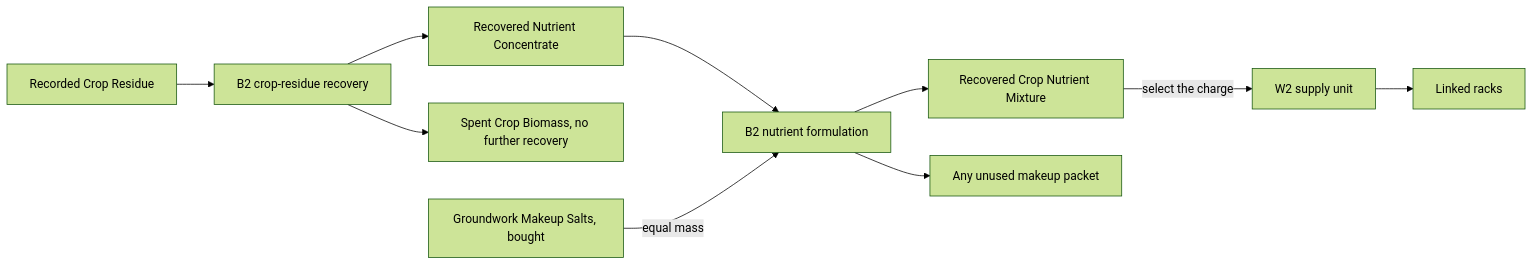
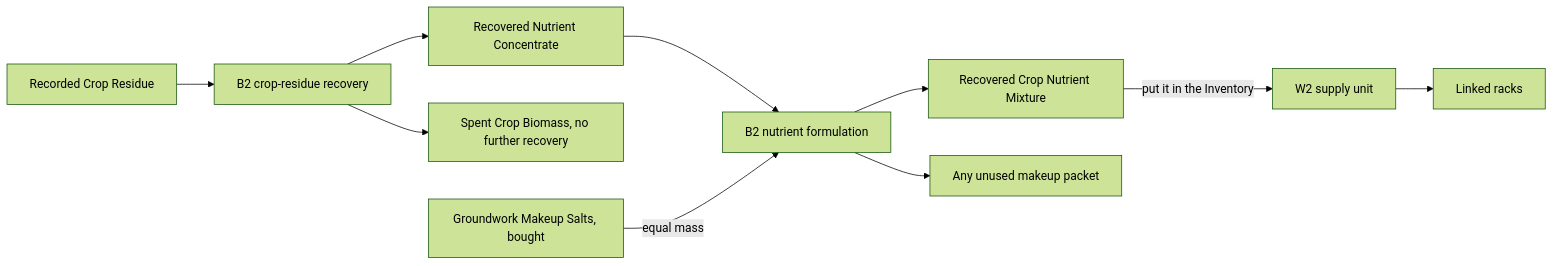
One commit to phobos-dthorga/phobos-ostranauts changed the diagram in docs/agriculture-nutrient-production.md. Above: the diagram before and after it, drawn with Mermaid (forest theme). The commit also changed other lines of this file and 56 other files, not shown here.

````diff
--- a/docs/agriculture-nutrient-production.md
+++ b/docs/agriculture-nutrient-production.md
@@ -18,12 +18,12 @@
 ```mermaid
 flowchart LR
     Residue["Recorded Crop Residue"] --> Recovery["B2 crop-residue recovery"]
     Recovery --> Conc["Recovered Nutrient Concentrate"]
     Recovery --> Biomass["Spent Crop Biomass, no further recovery"]
     Conc --> Form["B2 nutrient formulation"]
     Salts["Groundwork Makeup Salts, bought"] -->|equal mass| Form
     Form --> Mix["Recovered Crop Nutrient Mixture"]
     Form --> Spare["Any unused makeup packet"]
-    Mix -->|select the charge| W2["W2 supply unit"]
+    Mix -->|put it in the Inventory| W2["W2 supply unit"]
     W2 --> Racks["Linked racks"]
 ```
````
